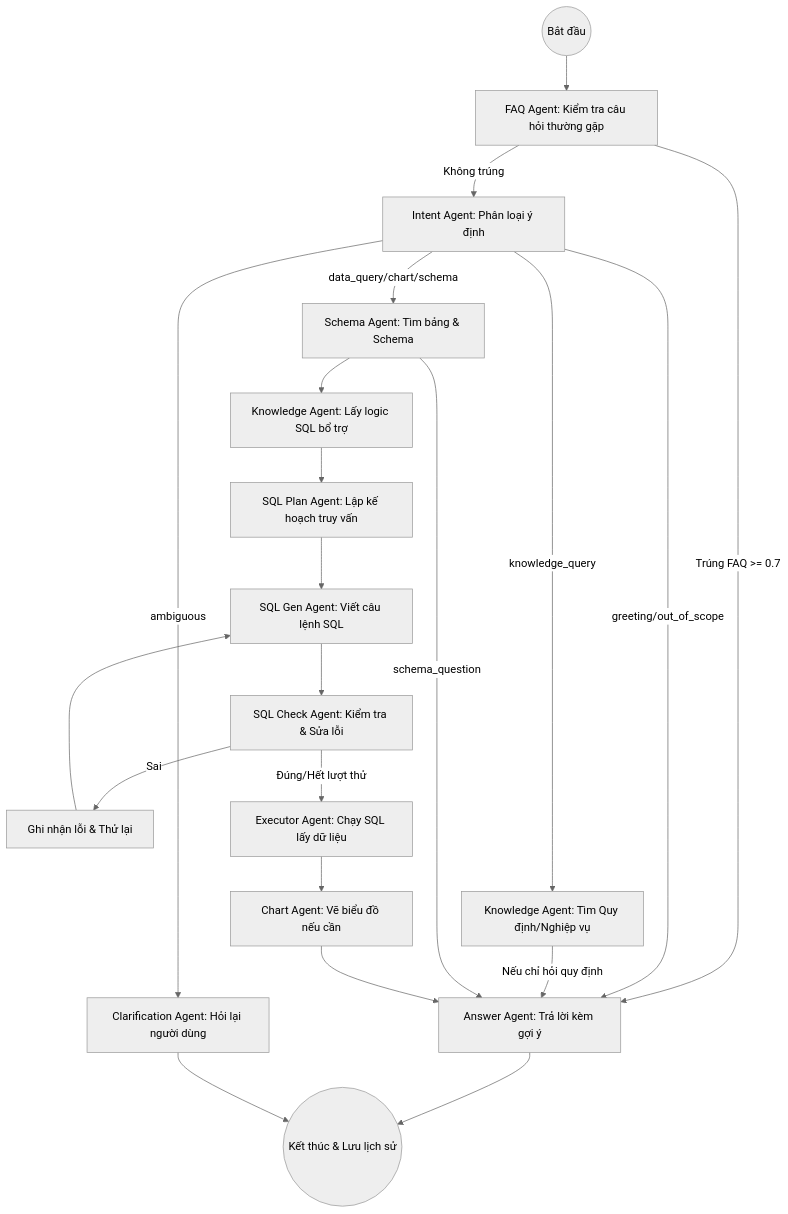
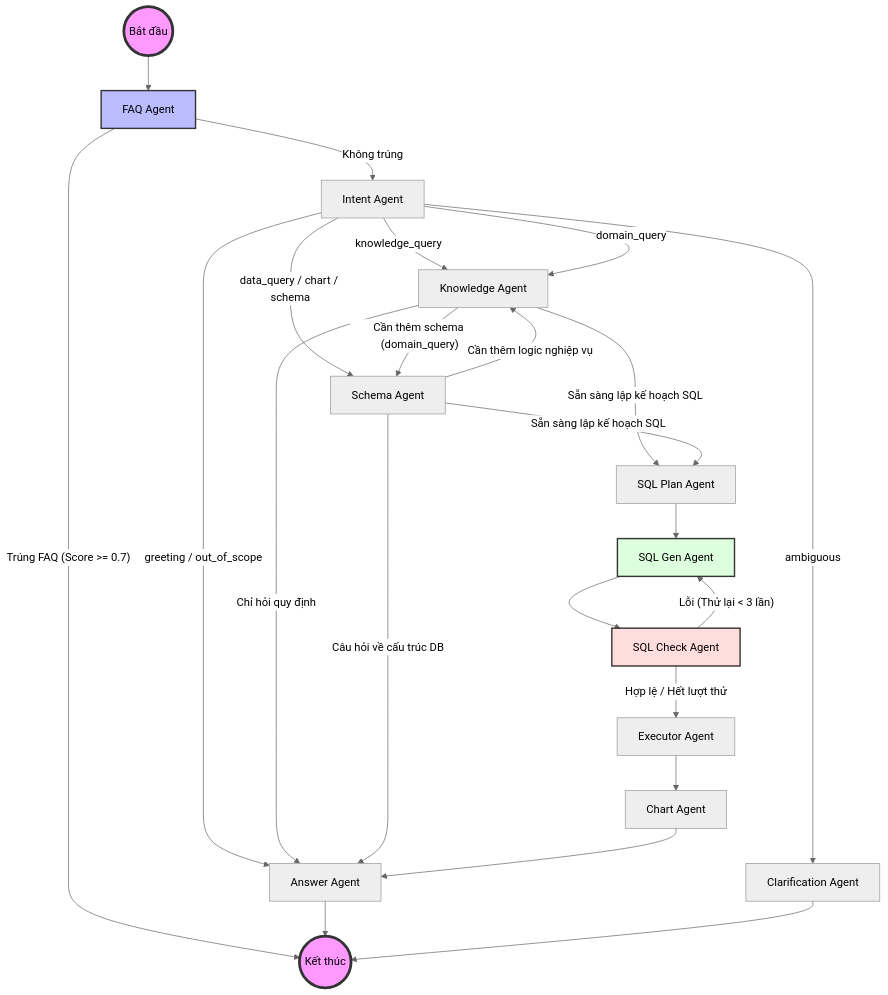
The diagram in docs/architecture.md (MinhQuang0611/nlsql), drawn with Mermaid (neutral theme) before and after one commit. The commit also changed other lines of this file and 9 other files, not shown here.

````diff
--- a/docs/architecture.md
+++ b/docs/architecture.md
@@ -5,33 +9,46 @@
 ```mermaid
 graph TD
-    START((Bắt đầu)) --> FAQ[FAQ Agent: Kiểm tra câu hỏi thường gặp]
+    %% Khởi đầu
+    START((Bắt đầu)) --> FAQ[FAQ Agent]
     
-    %% FAQ rẽ nhánh nhanh
-    FAQ -->|Trúng FAQ >= 0.7| Answer[Answer Agent: Trả lời kèm gợi ý]
-    FAQ -->|Không trúng| Intent[Intent Agent: Phân loại ý định]
+    %% Luồng FAQ (Fast Track)
+    FAQ -- "Trúng FAQ (Score >= 0.7)" --> END((Kết thúc))
+    FAQ -- "Không trúng" --> Intent[Intent Agent]
 
-    %% Phân nhánh theo Intent truyền thống
-    Intent -->|greeting/out_of_scope| Answer
-    Intent -->|ambiguous| Clarify[Clarification Agent: Hỏi lại người dùng]
-    Intent -->|knowledge_query| Knowledge[Knowledge Agent: Tìm Quy định/Nghiệp vụ]
-    Intent -->|data_query/chart/schema| Schema[Schema Agent: Tìm bảng & Schema]
+    %% Phân loại ý định (Routing)
+    Intent -- "greeting / out_of_scope" --> Answer[Answer Agent]
+    Intent -- "ambiguous" --> Clarify[Clarification Agent]
+    Intent -- "knowledge_query" --> Knowledge[Knowledge Agent]
+    Intent -- "domain_query" --> Knowledge
+    Intent -- "data_query / chart / schema" --> Schema[Schema Agent]
 
-    %% Luồng tri thức & Truy vấn dữ liệu
-    Knowledge -->|Nếu chỉ hỏi quy định| Answer
-    Schema -->|schema_question| Answer
-    Schema --> Knowledge2[Knowledge Agent: Lấy logic SQL bổ trợ]
-    Knowledge2 --> Plan[SQL Plan Agent: Lập kế hoạch truy vấn]
-    Plan --> Gen[SQL Gen Agent: Viết câu lệnh SQL]
-    Gen --> Check[SQL Check Agent: Kiểm tra & Sửa lỗi]
+    %% Xử lý Tri thức & Schema
+    Knowledge -- "Chỉ hỏi quy định" --> Answer
+    Knowledge -- "Cần thêm schema (domain_query)" --> Schema
+    Knowledge -- "Sẵn sàng lập kế hoạch SQL" --> Plan[SQL Plan Agent]
     
-    %% Vòng lặp sửa lỗi (Retry)
-    Check -->|Sai| Retry[Ghi nhận lỗi & Thử lại]
-    Retry --> Gen
-    Check -->|Đúng/Hết lượt thử| Exec[Executor Agent: Chạy SQL lấy dữ liệu]
+    Schema -- "Câu hỏi về cấu trúc DB" --> Answer
+    Schema -- "Cần thêm logic nghiệp vụ" --> Knowledge
+    Schema -- "Sẵn sàng lập kế hoạch SQL" --> Plan
+
+    %% Chu trình tạo SQL
+    Plan --> Gen[SQL Gen Agent]
+    Gen --> Check[SQL Check Agent]
     
-    %% Bước cuối
-    Exec --> Chart[Chart Agent: Vẽ biểu đồ nếu cần]
+    %% Vòng lặp sửa lỗi SQL
+    Check -- "Lỗi (Thử lại < 3 lần)" --> Gen
+    Check -- "Hợp lệ / Hết lượt thử" --> Exec[Executor Agent]
+    
+    %% Phản hồi cuối cùng
+    Exec --> Chart[Chart Agent]
     Chart --> Answer
-    Answer --> END((Kết thúc & Lưu lịch sử))
+    Answer --> END
     Clarify --> END
+
+    %% Định dạng style
+    style START fill:#f9f,stroke:#333,stroke-width:4px
+    style END fill:#f9f,stroke:#333,stroke-width:4px
+    style FAQ fill:#bbf,stroke:#333,stroke-width:2px
+    style Gen fill:#dfd,stroke:#333,stroke-width:2px
+    style Check fill:#fdd,stroke:#333,stroke-width:2px
 ```
````
